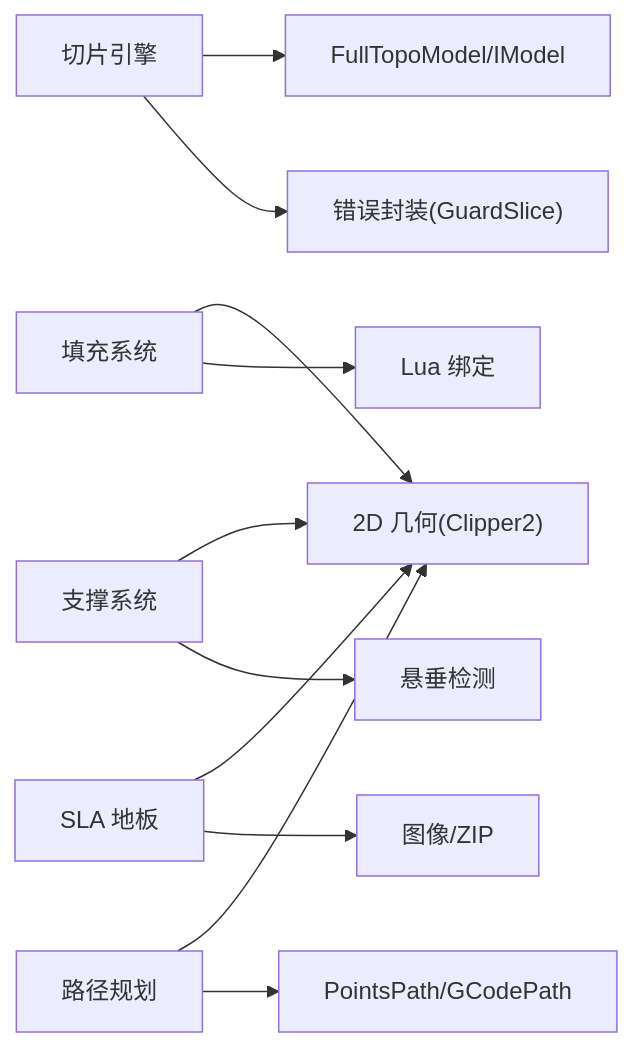
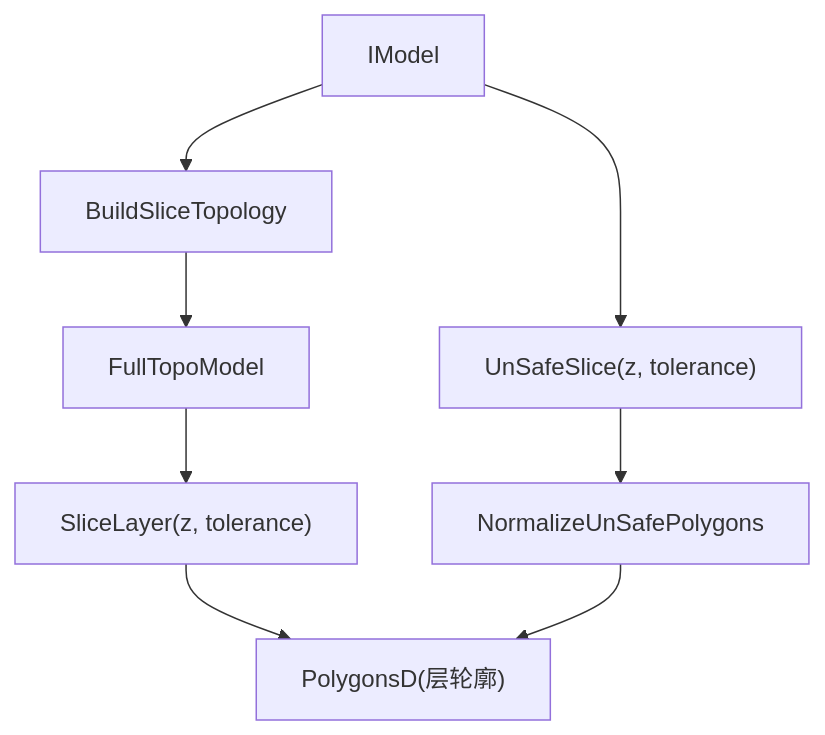
The seventh of 8 diagrams in .qoder/repowiki/zh/content/核心模块详解/核心模块详解.md (hsmbanlance/HsBaSlicer), drawn with Mermaid before and after one commit. The commit also changed other lines of this file and 1135 other files, not shown here.

````diff
--- a/.qoder/repowiki/zh/content/核心模块详解/核心模块详解.md
+++ b/.qoder/repowiki/zh/content/核心模块详解/核心模块详解.md
@@ -332,13 +370,10 @@
 ```mermaid
-graph LR
-Slice["切片引擎"] --> Topo["FullTopoModel/IModel"]
-Slice --> Err["错误封装(GuardSlice)"]
-Fill["填充系统"] --> Geo["2D 几何(Clipper2)"]
-Fill --> Lua["Lua 绑定"]
-Support["支撑系统"] --> Geo
-Support --> OD["悬垂检测"]
-Floor["SLA 地板"] --> Geo
-Floor --> Img["图像/ZIP"]
-Path["路径规划"] --> Geo
-Path --> Data["PointsPath/GCodePath"]
+flowchart TD
+M["IModel"] --> B["BuildSliceTopology"]
+B --> T["FullTopoModel"]
+T --> S["SliceLayer(z, tolerance)"]
+S --> O["PolygonsD(层轮廓)"]
+M --> U["UnSafeSlice(z, tolerance)"]
+U --> N["NormalizeUnSafePolygons"]
+N --> O
 ```
````
